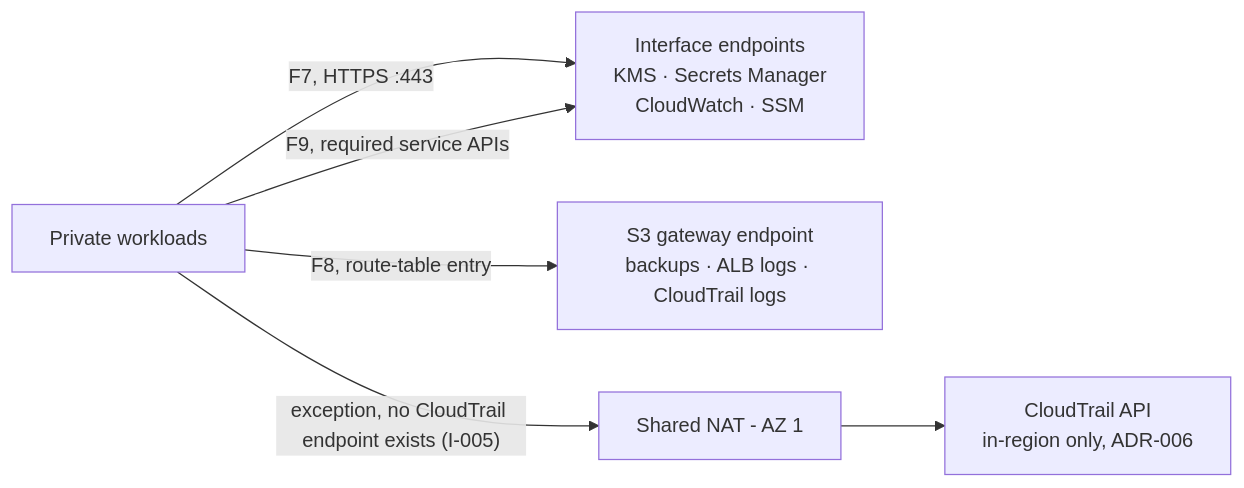
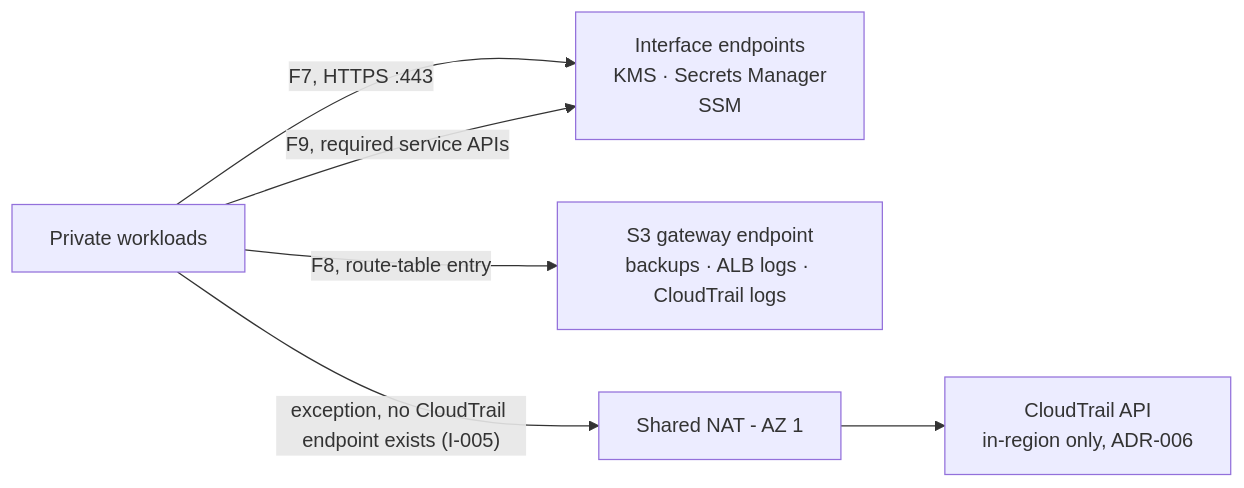
Before and after one commit to Isiaka-Ismail/vitalgov-identity: the second of 4 diagrams in docs/cloud/network-traffic-flows.md, drawn with Mermaid. The commit also changed other lines of this file and 16 other files, not shown here.

````diff
--- a/docs/cloud/network-traffic-flows.md
+++ b/docs/cloud/network-traffic-flows.md
@@ -72,8 +72,8 @@
 ```mermaid
 flowchart LR
-    wl["Private workloads"] -->|"F7, HTTPS :443"| ie["Interface endpoints<br/>KMS · Secrets Manager<br/>CloudWatch · SSM"]
+    wl["Private workloads"] -->|"F7, HTTPS :443"| ie["Interface endpoints<br/>KMS · Secrets Manager<br/>SSM"]
     wl -->|"F8, route-table entry"| s3["S3 gateway endpoint<br/>backups · ALB logs · CloudTrail logs"]
     wl -->|"F9, required service APIs"| ie
     wl -->|"exception, no CloudTrail endpoint exists (I-005)"| nat["Shared NAT - AZ 1"]
     nat --> ct["CloudTrail API<br/>in-region only, ADR-006"]
 ```
````
